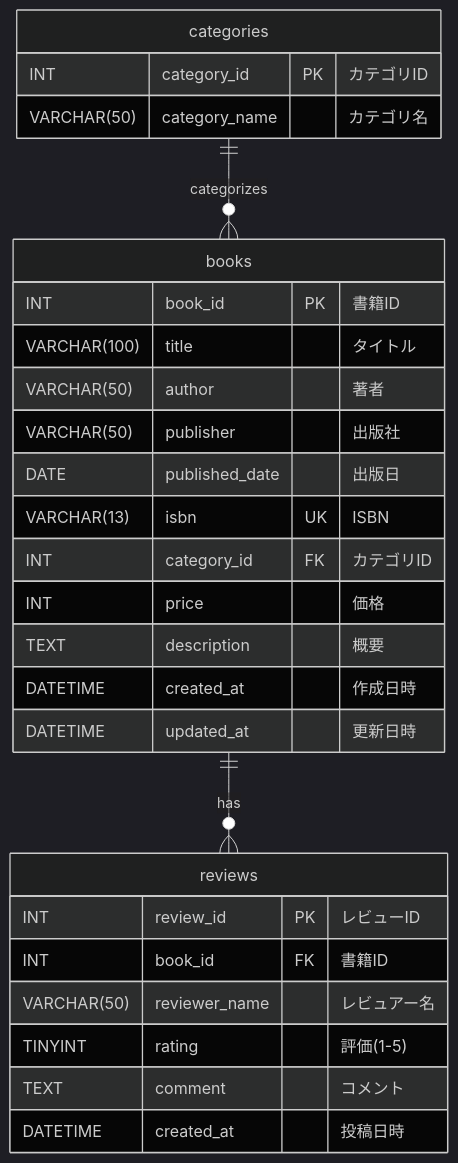
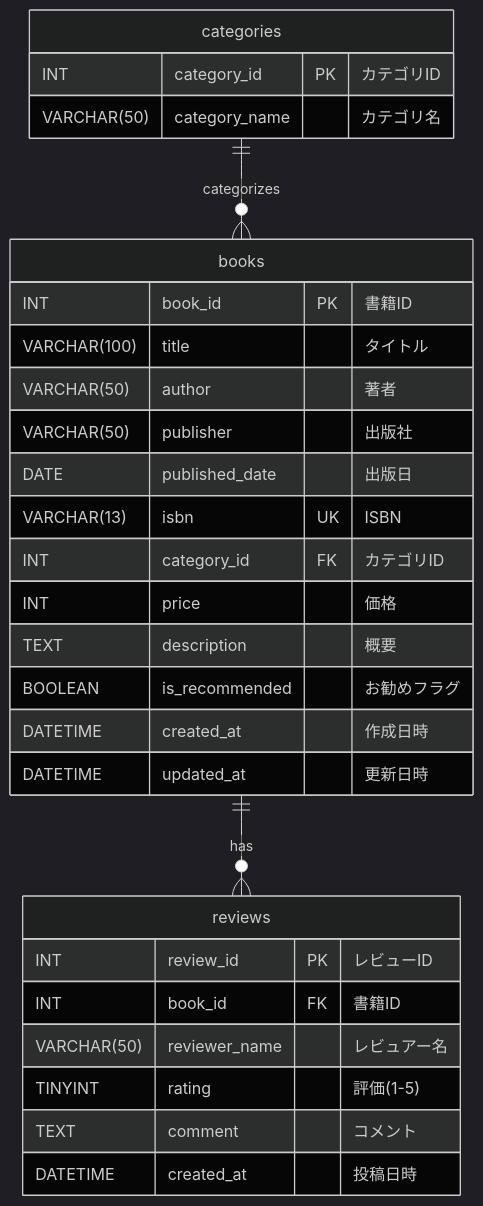
The first of 4 diagrams in Docsシステム/外部設計/03ER図.md (hirari0909/ai-training), drawn with Mermaid (dark theme) before and after one commit. The commit also changed 65 other files, not shown here.

````diff
--- a/Docsシステム/外部設計/03ER図.md
+++ b/Docsシステム/外部設計/03ER図.md
@@ -8,33 +8,34 @@
 ```mermaid
 erDiagram
     books ||--o{ reviews : has
     categories ||--o{ books : categorizes
     
     categories {
         INT category_id PK "カテゴリID"
         VARCHAR(50) category_name "カテゴリ名"
     }
     
     books {
         INT book_id PK "書籍ID"
         VARCHAR(100) title "タイトル"
         VARCHAR(50) author "著者"
         VARCHAR(50) publisher "出版社"
         DATE published_date "出版日"
         VARCHAR(13) isbn UK "ISBN"
         INT category_id FK "カテゴリID"
         INT price "価格"
         TEXT description "概要"
+        BOOLEAN is_recommended "お勧めフラグ"
         DATETIME created_at "作成日時"
         DATETIME updated_at "更新日時"
     }
     
     reviews {
         INT review_id PK "レビューID"
         INT book_id FK "書籍ID"
         VARCHAR(50) reviewer_name "レビュアー名"
         TINYINT rating "評価(1-5)"
         TEXT comment "コメント"
         DATETIME created_at "投稿日時"
     }
 ```
````
